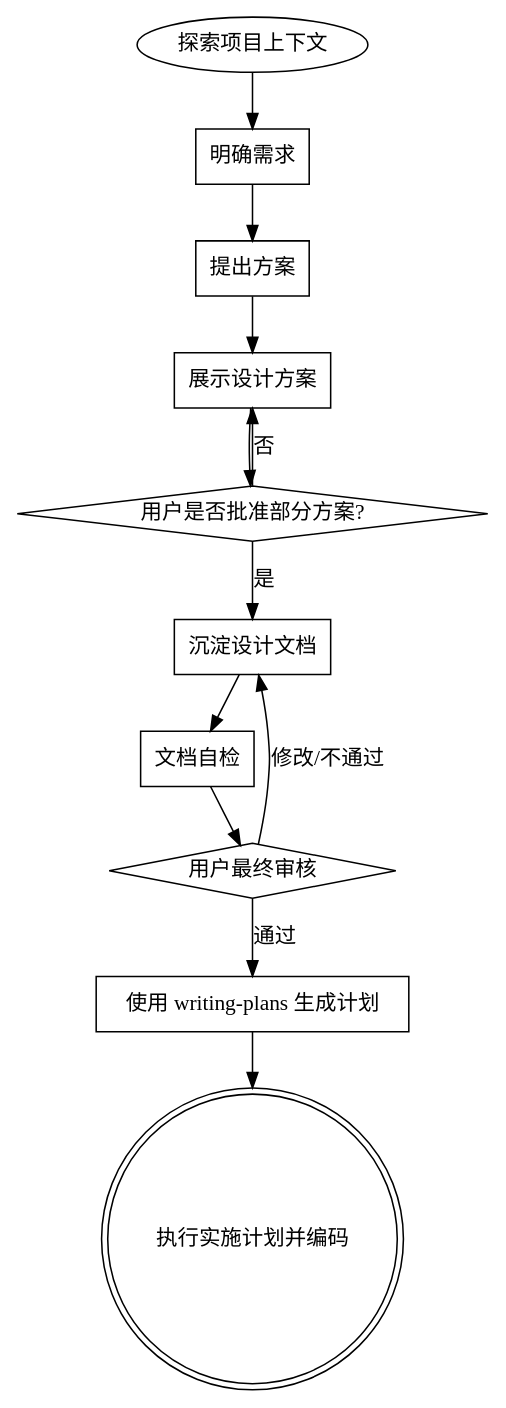
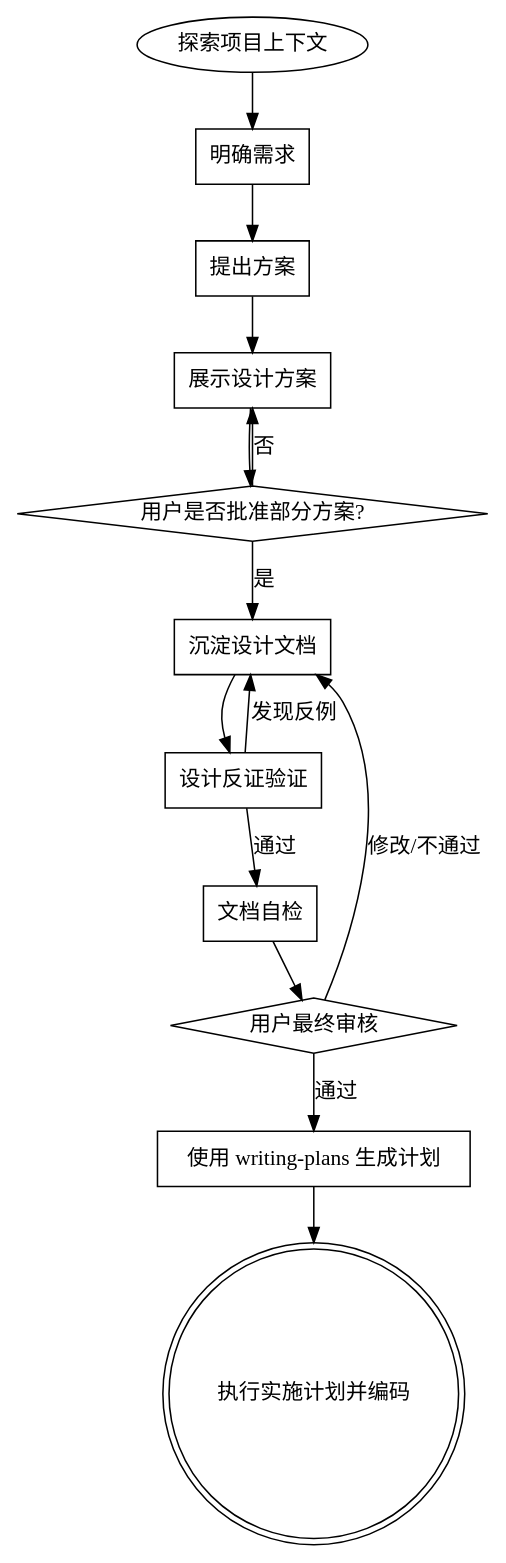
One commit to loongJiu/loong-claude changed the diagram in skills/brainstorming/SKILL.md. Above: the diagram before and after it, drawn with Graphviz. The commit also changed other lines of this file and 2 other files, not shown here.

````diff
--- a/skills/brainstorming/SKILL.md
+++ b/skills/brainstorming/SKILL.md
@@ -107,26 +162,29 @@
 ```dot
 digraph brainstorming {
   "探索项目上下文" [shape=oval]
   "明确需求" [shape=rect]
   "提出方案" [shape=rect]
   "展示设计方案" [shape=rect]
   "用户是否批准部分方案?" [shape=diamond]
   "沉淀设计文档" [shape=rect]
+  "设计反证验证" [shape=rect]
   "文档自检" [shape=rect]
   "用户最终审核" [shape=diamond]
   "进入实施阶段" [label="使用 writing-plans 生成计划" shape=rect]
   "执行实施计划并编码" [shape=doublecircle]
 
   "探索项目上下文" -> "明确需求"
   "明确需求" -> "提出方案"
   "提出方案" -> "展示设计方案"
   "展示设计方案" -> "用户是否批准部分方案?"
   "用户是否批准部分方案?" -> "展示设计方案" [label="否"]
   "用户是否批准部分方案?" -> "沉淀设计文档" [label="是"]
-  "沉淀设计文档" -> "文档自检"
+  "沉淀设计文档" -> "设计反证验证"
+  "设计反证验证" -> "沉淀设计文档" [label="发现反例"]
+  "设计反证验证" -> "文档自检" [label="通过"]
   "文档自检" -> "用户最终审核"
   "用户最终审核" -> "沉淀设计文档" [label="修改/不通过"]
   "用户最终审核" -> "进入实施阶段" [label="通过"]
   "进入实施阶段" -> "执行实施计划并编码"
 }
 ```
````
